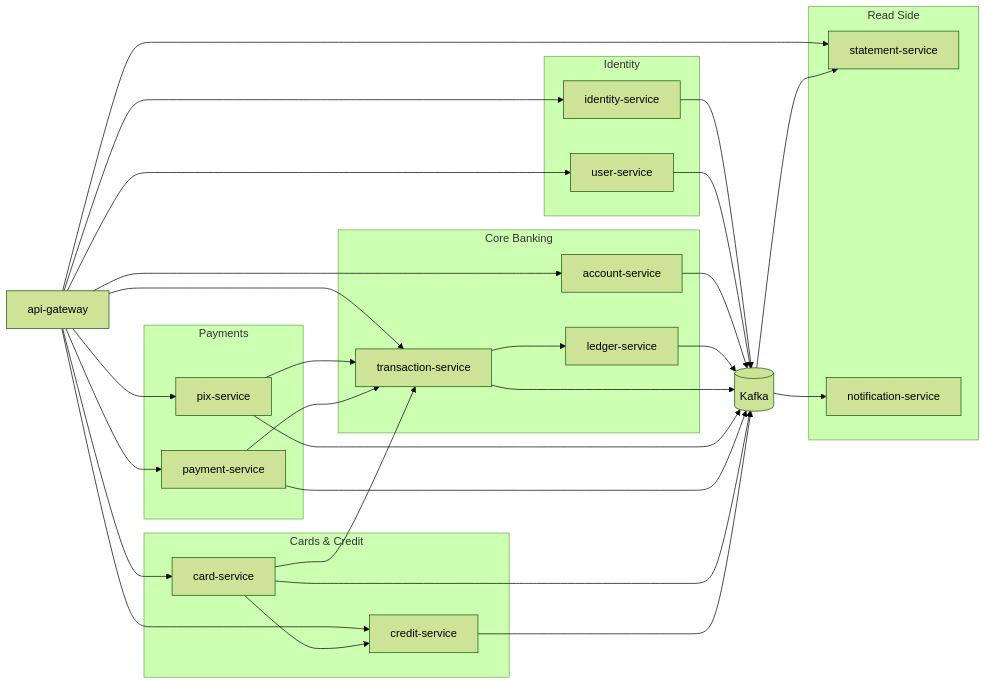
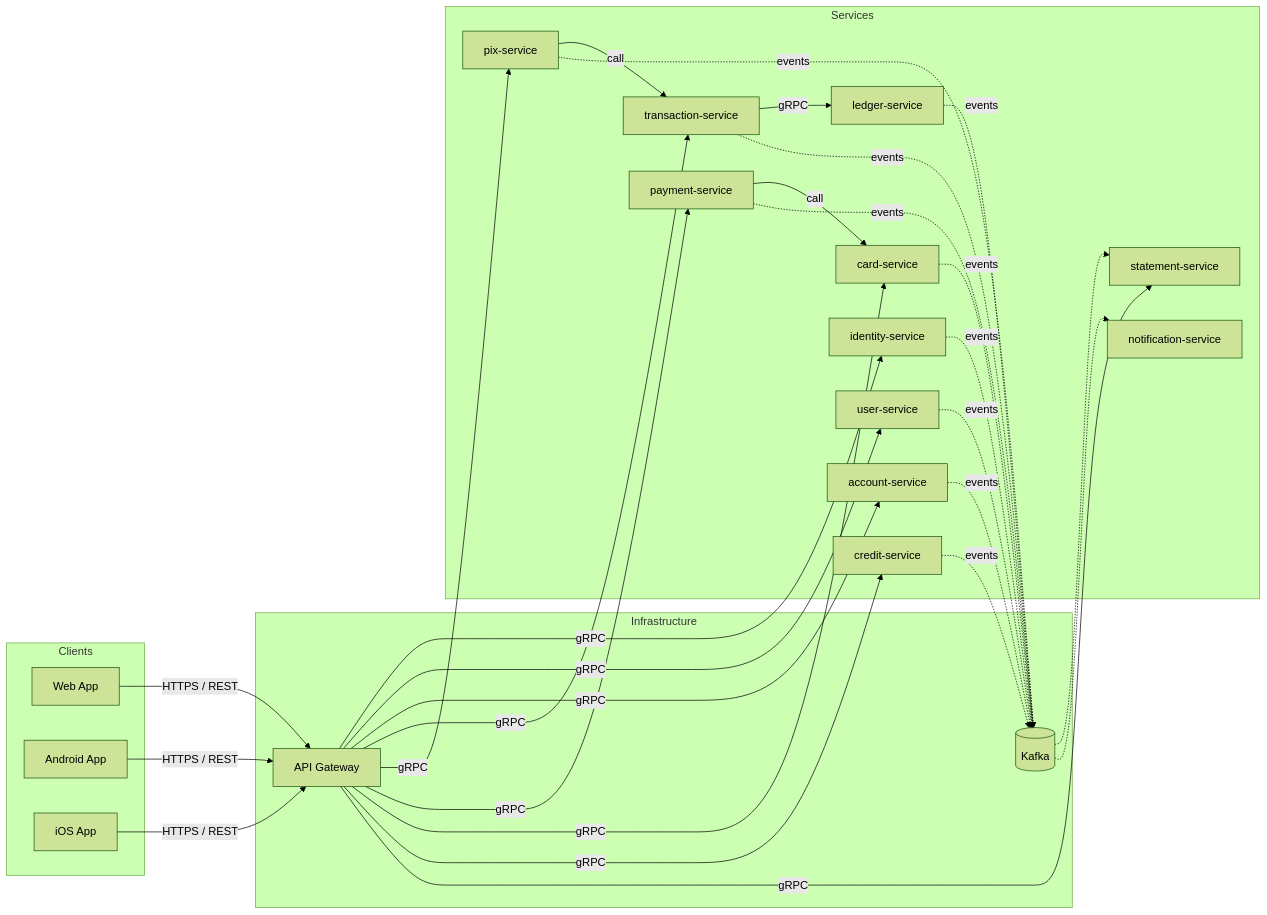
Before and after one commit to ViniciusMicarelli/digital-bank-platform: the diagram in docs/architecture/overview.md, drawn with Mermaid (forest theme). The commit also changed other lines of this file and 227 other files, not shown here.

````diff
--- a/docs/architecture/overview.md
+++ b/docs/architecture/overview.md
@@ -32,38 +66,46 @@
 ```mermaid
 flowchart LR
-    GW[api-gateway]
+    subgraph Clients
+        WEB[Web App]
+        AND[Android App]
+        IOS[iOS App]
+    end
 
-    subgraph Identity
+    subgraph Infrastructure
+        GW[API Gateway]
+        BUS[(Kafka)]
+    end
+
+    subgraph Services
         IDN[identity-service]
         USR[user-service]
-    end
-
-    subgraph Core Banking
         ACC[account-service]
+        TRX[transaction-service]
         LED[ledger-service]
-        TRX[transaction-service]
-    end
-
-    subgraph Payments
         PIX[pix-service]
         PAY[payment-service]
-    end
-
-    subgraph Cards & Credit
         CRD[card-service]
         CRE[credit-service]
-    end
-
-    subgraph Read Side
         STM[statement-service]
         NOT[notification-service]
     end
 
-    GW --> IDN & USR & ACC & TRX & PIX & PAY & CRD & CRE & STM
-    PIX & PAY & CRD --> TRX
-    TRX --> LED
-    CRD --> CRE
-    Kafka[(Kafka)]
-    IDN & USR & ACC & LED & TRX & PIX & PAY & CRD & CRE --> Kafka
-    Kafka --> STM & NOT
+    WEB & AND & IOS -->|HTTPS / REST| GW
+    GW -->|gRPC| IDN
+    GW -->|gRPC| USR
+    GW -->|gRPC| ACC
+    GW -->|gRPC| TRX
+    GW -->|gRPC| PIX
+    GW -->|gRPC| PAY
+    GW -->|gRPC| CRD
+    GW -->|gRPC| CRE
+    GW -->|gRPC| STM
+
+    TRX -->|gRPC| LED
+    PIX -->|call| TRX
+    PAY -->|call| CRD
+
+    IDN & USR & ACC & TRX & PIX & PAY & CRD & CRE & LED -.->|events| BUS
+    BUS -.-> STM
+    BUS -.-> NOT
 ```
````
